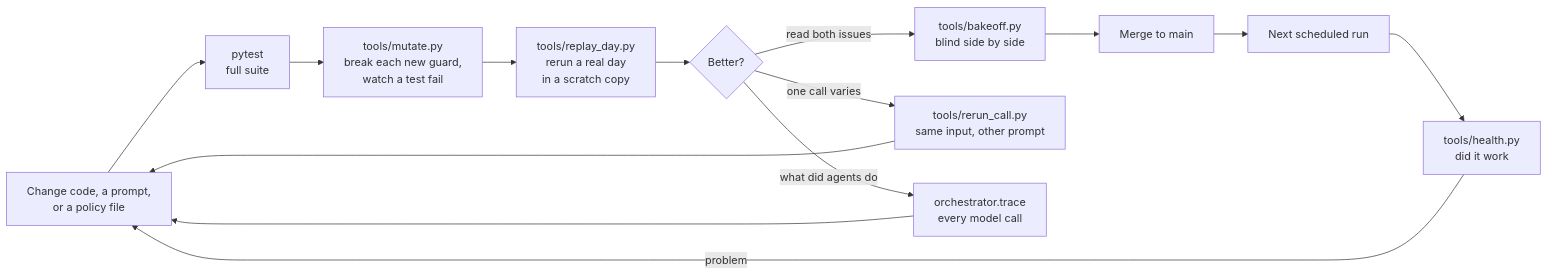
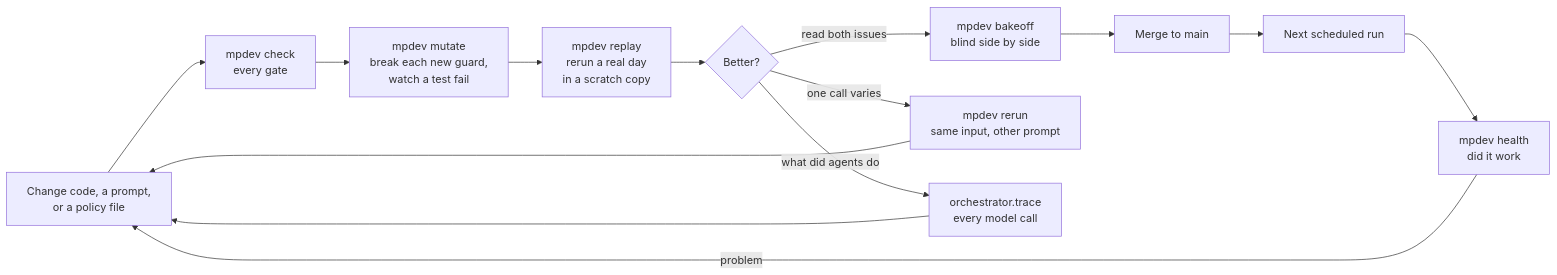
One commit to tayler-id/mindpattern-v3 changed the first of 4 diagrams in docs/tools.md. Above: the diagram before and after it, drawn with Mermaid. The commit also changed other lines of this file and 3 other files, not shown here.

First line of the commit message:
docs: tools guide, CLAUDE.md and AGENTS.md use mpdev

````diff
--- a/docs/tools.md
+++ b/docs/tools.md
@@ -11,16 +13,16 @@
 ```mermaid
 flowchart LR
-    change["Change code, a prompt,<br/>or a policy file"] --> tests["pytest<br/>full suite"]
-    tests --> mutate["tools/mutate.py<br/>break each new guard,<br/>watch a test fail"]
-    mutate --> replay["tools/replay_day.py<br/>rerun a real day<br/>in a scratch copy"]
+    change["Change code, a prompt,<br/>or a policy file"] --> tests["mpdev check<br/>every gate"]
+    tests --> mutate["mpdev mutate<br/>break each new guard,<br/>watch a test fail"]
+    mutate --> replay["mpdev replay<br/>rerun a real day<br/>in a scratch copy"]
     replay --> compare{"Better?"}
-    compare -->|"read both issues"| bakeoff["tools/bakeoff.py<br/>blind side by side"]
-    compare -->|"one call varies"| rerun["tools/rerun_call.py<br/>same input, other prompt"]
+    compare -->|"read both issues"| bakeoff["mpdev bakeoff<br/>blind side by side"]
+    compare -->|"one call varies"| rerun["mpdev rerun<br/>same input, other prompt"]
     compare -->|"what did agents do"| trace["orchestrator.trace<br/>every model call"]
     bakeoff --> merge["Merge to main"]
     rerun --> change
     trace --> change
     merge --> run["Next scheduled run"]
-    run --> health["tools/health.py<br/>did it work"]
+    run --> health["mpdev health<br/>did it work"]
     health -->|"problem"| change
 ```
````
